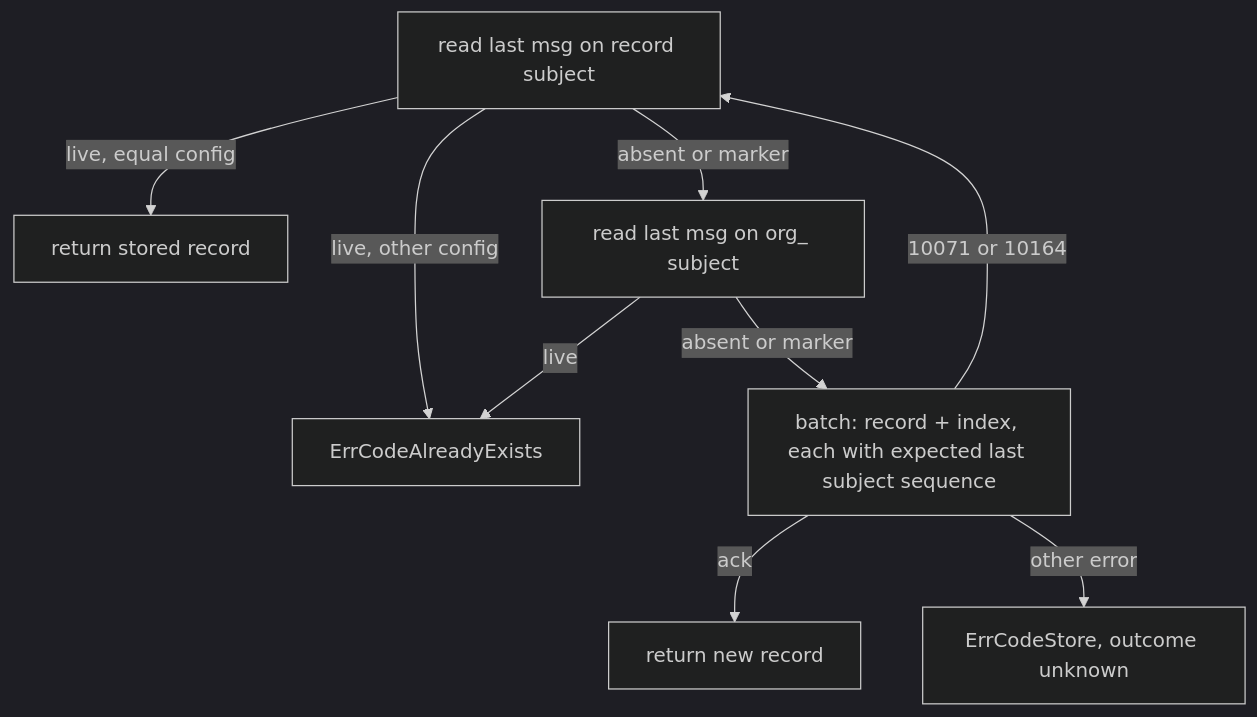
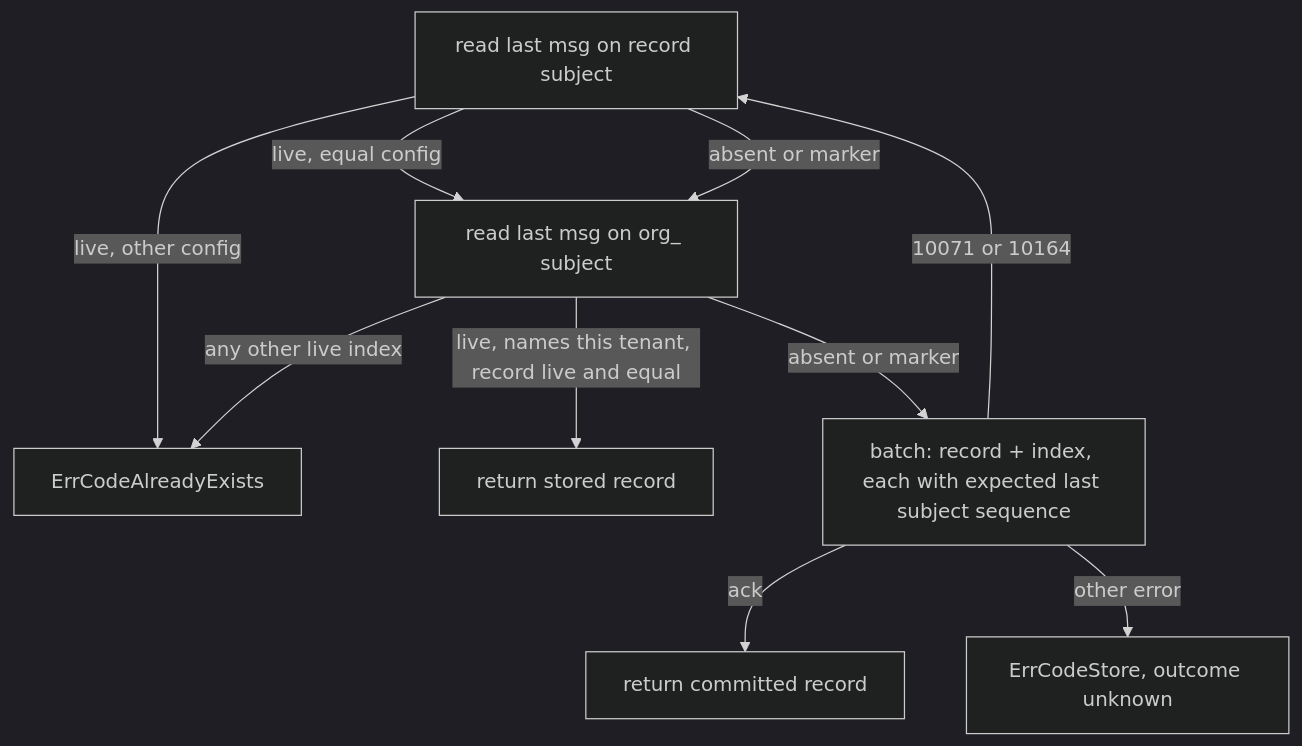
One commit to Aledantee/FlowSeer changed the diagram in docs/plans/2026-09-28-2029-feat-operator-authorization-phase2-plan.md. Above: the diagram before and after it, drawn with Mermaid (dark theme). The commit also changed other lines of this file, not shown here.

````diff
--- a/docs/plans/2026-09-28-2029-feat-operator-authorization-phase2-plan.md
+++ b/docs/plans/2026-09-28-2029-feat-operator-authorization-phase2-plan.md
@@ -184,11 +207,12 @@
   ```mermaid
   flowchart TD
-      A[read last msg on record subject] -->|live, equal config| R[return stored record]
-      A -->|live, other config| X[ErrCodeAlreadyExists]
-      A -->|absent or marker| B[read last msg on org_ subject]
-      B -->|live| X
+      A[read last msg on record subject] -->|live, other config| X[ErrCodeAlreadyExists]
+      A -->|live, equal config| B[read last msg on org_ subject]
+      A -->|absent or marker| B
+      B -->|live, names this tenant, record live and equal| R[return stored record]
+      B -->|any other live index| X
       B -->|absent or marker| C[batch: record + index, each with expected last subject sequence]
-      C -->|ack| R2[return new record]
+      C -->|ack| R2[return committed record]
       C -->|10071 or 10164| A
       C -->|other error| S[ErrCodeStore, outcome unknown]
   ```
````
